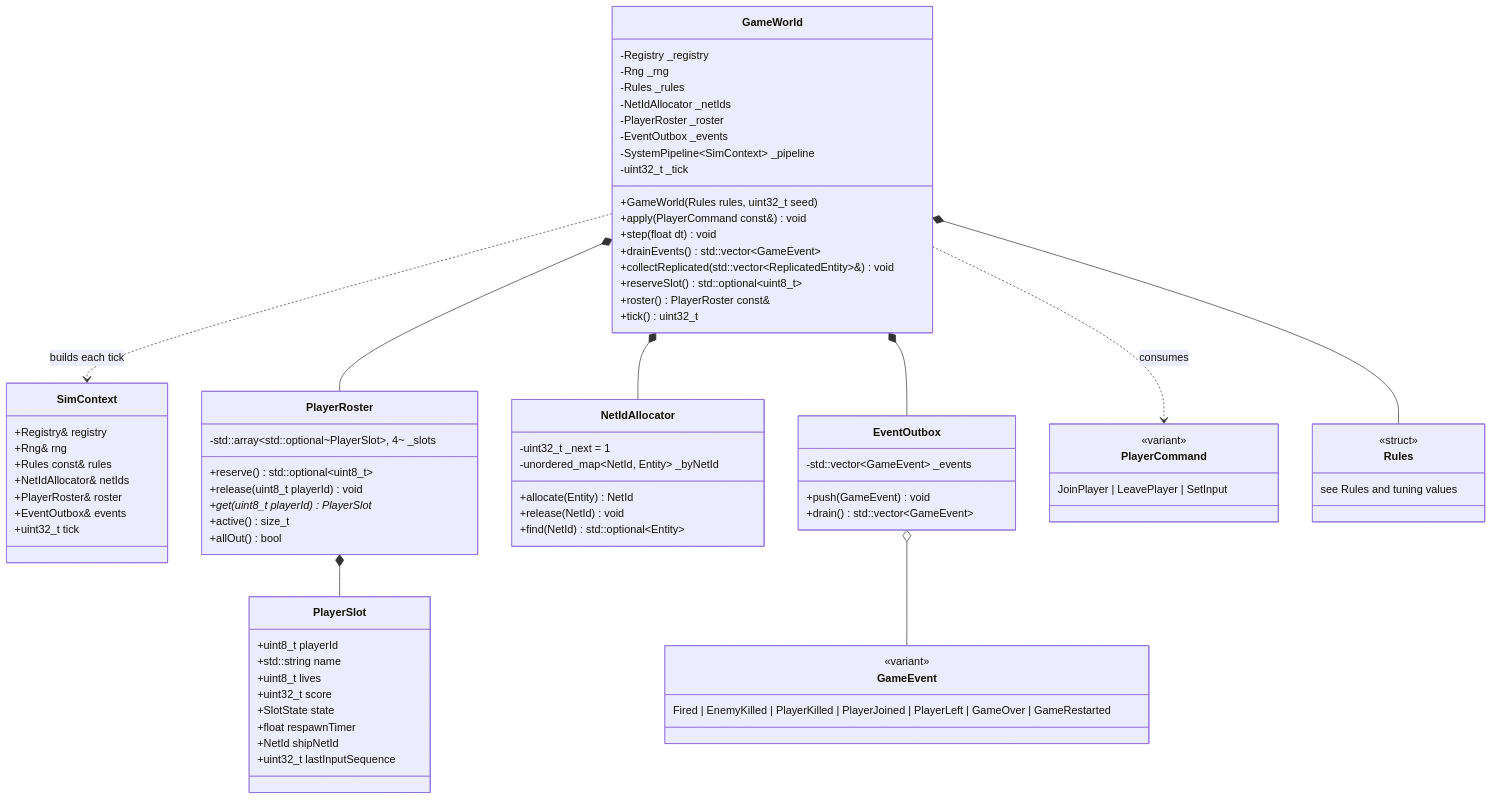
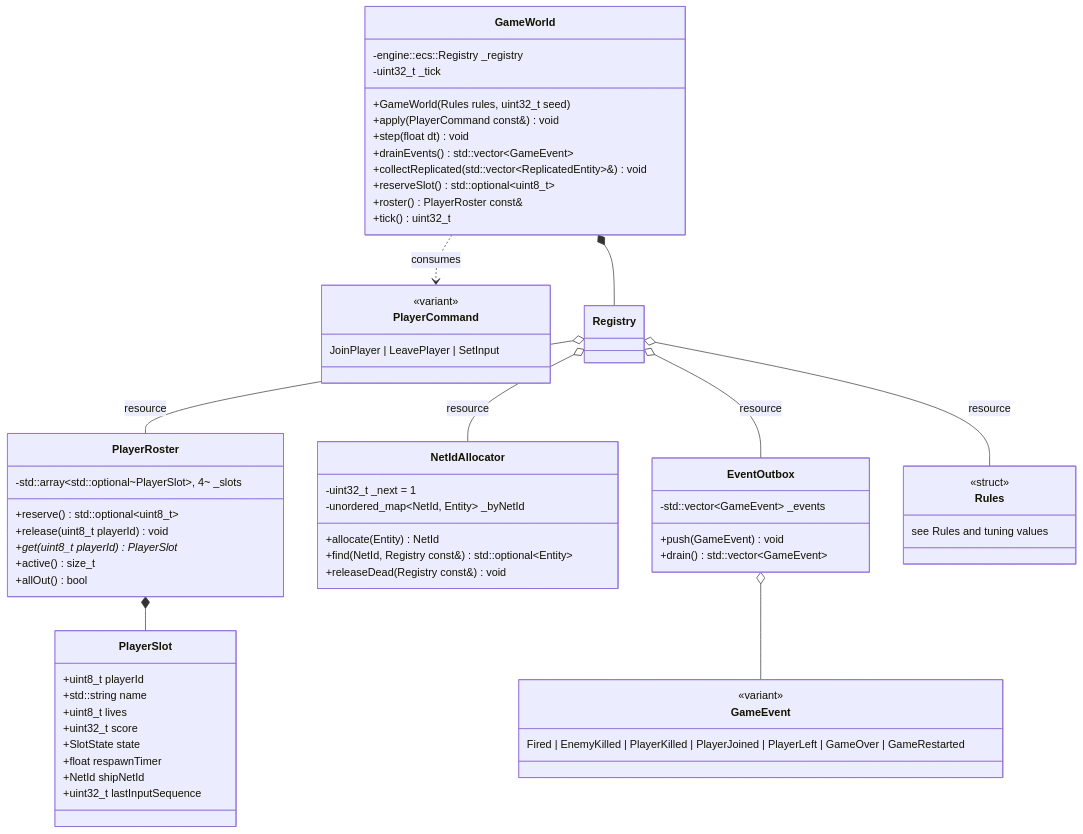
Before and after one commit to janumaruku/r-type: the diagram in docs/modules/game.md, drawn with Mermaid. The commit also changed other lines of this file and 10 other files, not shown here.

````diff
--- a/docs/modules/game.md
+++ b/docs/modules/game.md
@@ -47,80 +49,65 @@
 ```mermaid
 classDiagram
     class GameWorld {
-        -Registry _registry
-        -Rng _rng
-        -Rules _rules
-        -NetIdAllocator _netIds
-        -PlayerRoster _roster
-        -EventOutbox _events
-        -SystemPipeline~SimContext~ _pipeline
+        -engine::ecs::Registry _registry
         -uint32_t _tick
         +GameWorld(Rules rules, uint32_t seed)
         +apply(PlayerCommand const&) void
         +step(float dt) void
         +drainEvents() std::vector~GameEvent~
         +collectReplicated(std::vector~ReplicatedEntity~&) void
         +reserveSlot() std::optional~uint8_t~
         +roster() PlayerRoster const&
         +tick() uint32_t
-    }
-    class SimContext {
-        +Registry& registry
-        +Rng& rng
-        +Rules const& rules
-        +NetIdAllocator& netIds
-        +PlayerRoster& roster
-        +EventOutbox& events
-        +uint32_t tick
     }
     class PlayerRoster {
         -std::array~std::optional~PlayerSlot~, 4~ _slots
         +reserve() std::optional~uint8_t~
         +release(uint8_t playerId) void
         +get(uint8_t playerId) PlayerSlot*
         +active() size_t
         +allOut() bool
     }
     class PlayerSlot {
         +uint8_t playerId
         +std::string name
         +uint8_t lives
         +uint32_t score
         +SlotState state
         +float respawnTimer
         +NetId shipNetId
         +uint32_t lastInputSequence
     }
     class NetIdAllocator {
         -uint32_t _next = 1
         -unordered_map~NetId, Entity~ _byNetId
         +allocate(Entity) NetId
-        +release(NetId) void
-        +find(NetId) std::optional~Entity~
+        +find(NetId, Registry const&) std::optional~Entity~
+        +releaseDead(Registry const&) void
     }
     class EventOutbox {
         -std::vector~GameEvent~ _events
         +push(GameEvent) void
         +drain() std::vector~GameEvent~
     }
     class PlayerCommand {
         <<variant>>
         JoinPlayer | LeavePlayer | SetInput
     }
     class GameEvent {
         <<variant>>
         Fired | EnemyKilled | PlayerKilled | PlayerJoined | PlayerLeft | GameOver | GameRestarted
     }
     class Rules {
         <<struct>>
         see Rules and tuning values
     }
-    GameWorld *-- PlayerRoster
-    GameWorld *-- NetIdAllocator
-    GameWorld *-- EventOutbox
-    GameWorld *-- Rules
-    GameWorld ..> SimContext : builds each tick
+    GameWorld *-- Registry
+    Registry o-- PlayerRoster : resource
+    Registry o-- NetIdAllocator : resource
+    Registry o-- EventOutbox : resource
+    Registry o-- Rules : resource
     PlayerRoster *-- PlayerSlot
     GameWorld ..> PlayerCommand : consumes
     EventOutbox o-- GameEvent
 ```
````
